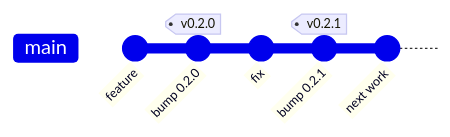
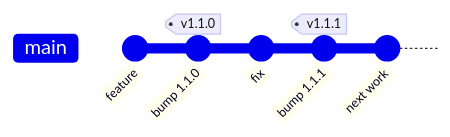
Before and after one commit to PoyoPoak/camera-odometer-calculator: the second of 2 diagrams in docs/development.md, drawn with Mermaid. The commit also changed other lines of this file and 1 other file, not shown here.

````diff
--- a/docs/development.md
+++ b/docs/development.md
@@ -107,8 +107,8 @@
 ```mermaid
 gitGraph
     commit id: "feature"
-    commit id: "bump 0.2.0" tag: "v0.2.0"
+    commit id: "bump 1.1.0" tag: "v1.1.0"
     commit id: "fix"
-    commit id: "bump 0.2.1" tag: "v0.2.1"
+    commit id: "bump 1.1.1" tag: "v1.1.1"
     commit id: "next work"
 ```
````
